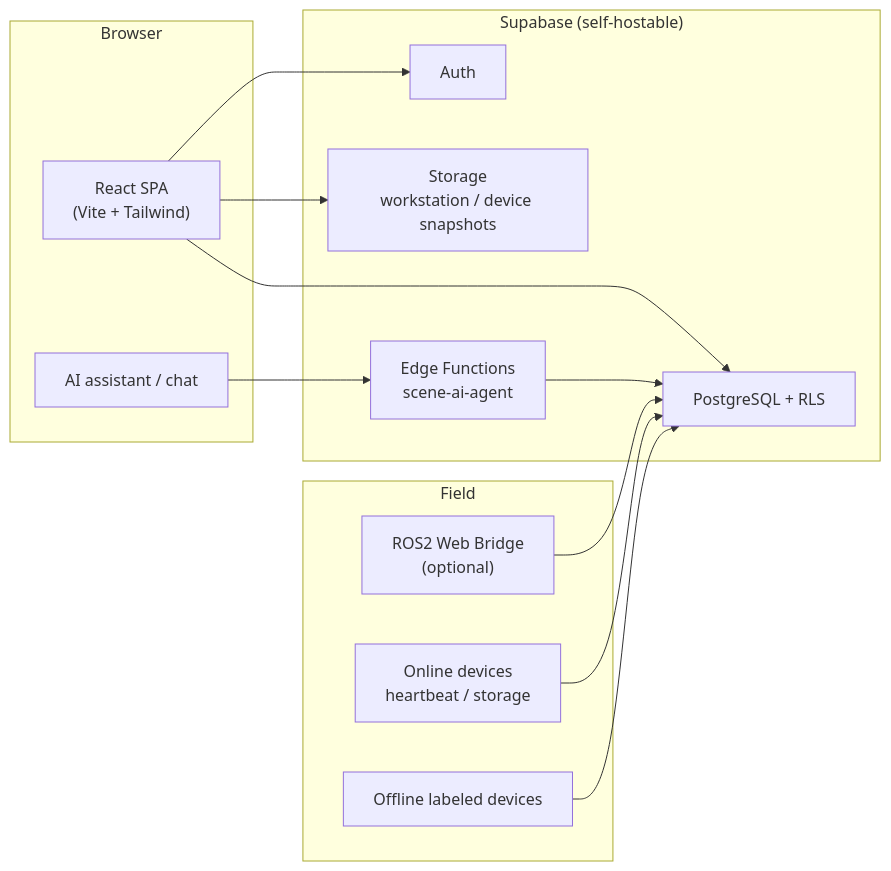
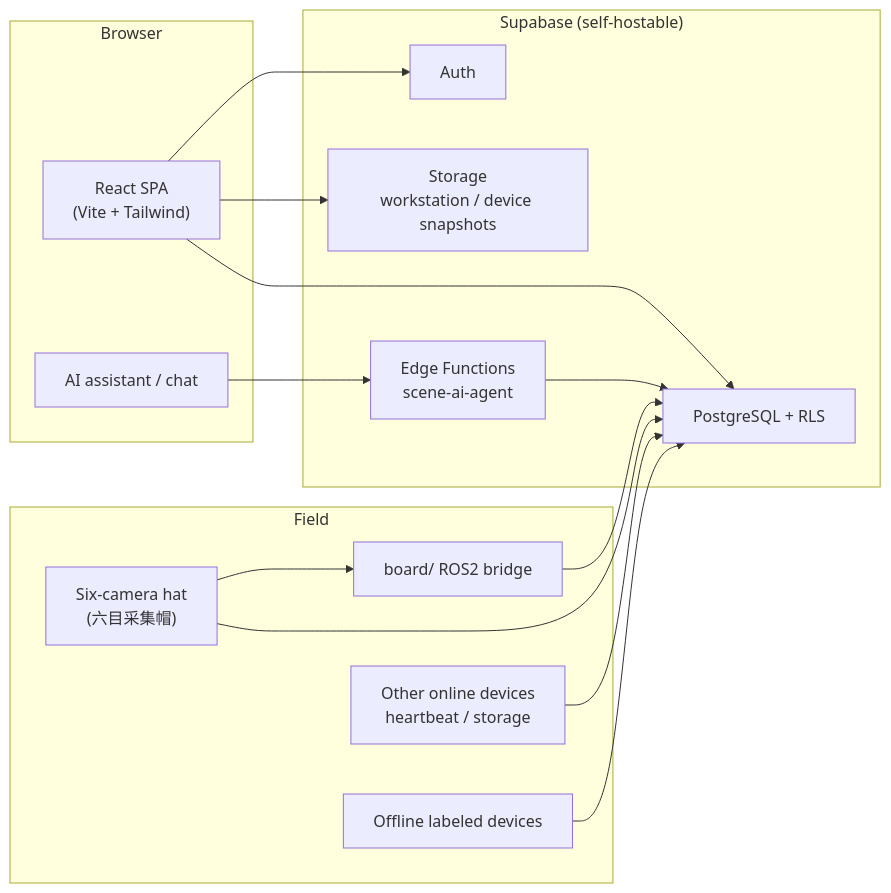
One commit to Zhu-Qianyu/UPAIego-management changed the diagram in README.md. Above: the diagram before and after it, drawn with Mermaid. The commit also changed other lines of this file and 11 other files, not shown here.

````diff
--- a/README.md
+++ b/README.md
@@ -115,29 +133,32 @@
 ```mermaid
 flowchart LR
   subgraph Client["Browser"]
     SPA["React SPA\n(Vite + Tailwind)"]
     Bot["AI assistant / chat"]
   end
 
   subgraph Supabase["Supabase (self-hostable)"]
     Auth["Auth"]
     PG["PostgreSQL + RLS"]
     Storage["Storage\nworkstation / device snapshots"]
     Edge["Edge Functions\nscene-ai-agent"]
   end
 
   subgraph EdgeHW["Field"]
-    Online["Online devices\nheartbeat / storage"]
+    Hat["Six-camera hat\n(六目采集帽)"]
+    Online["Other online devices\nheartbeat / storage"]
     Offline["Offline labeled devices"]
-    Board["ROS2 Web Bridge\n(optional)"]
+    Board["board/ ROS2 bridge"]
   end
 
   SPA --> Auth
   SPA --> PG
   SPA --> Storage
   Bot --> Edge
   Edge --> PG
   Board --> PG
+  Hat --> Board
+  Hat --> PG
   Online --> PG
   Offline --> PG
 ```
````
